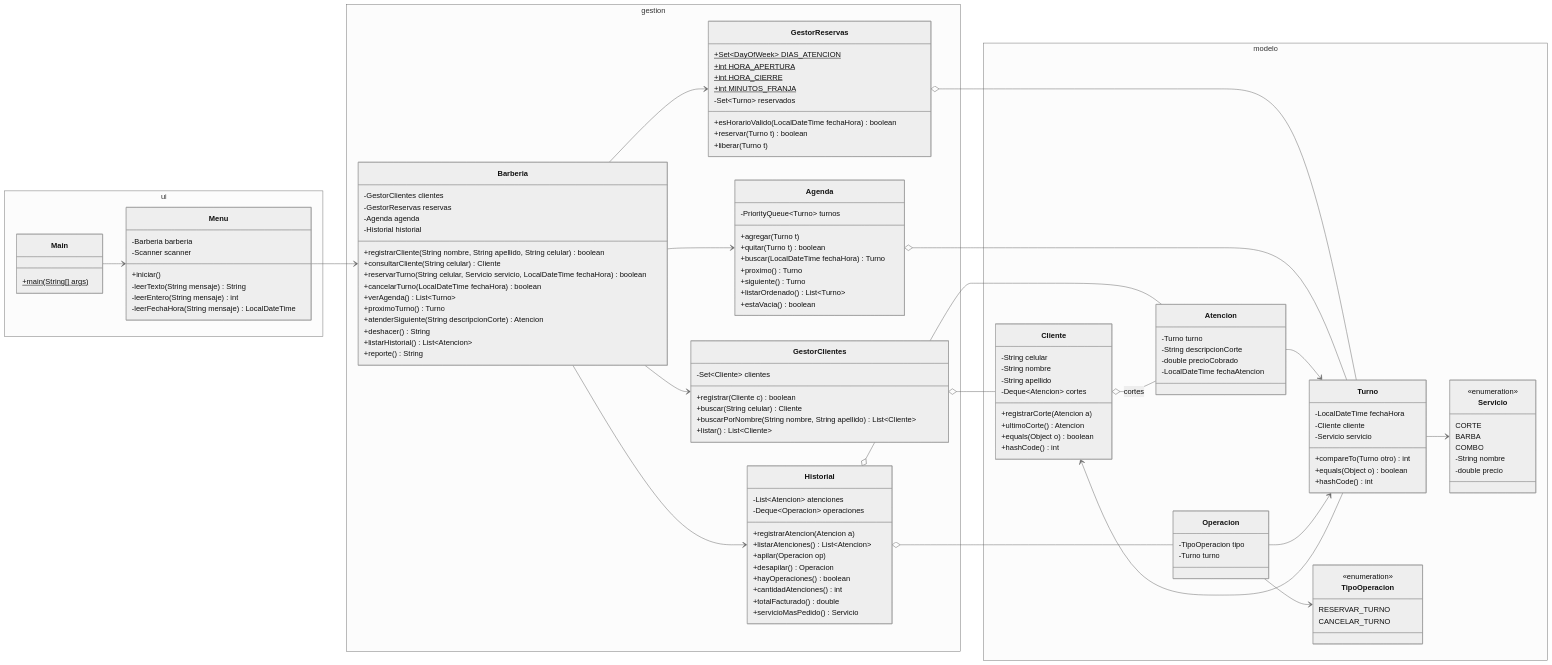
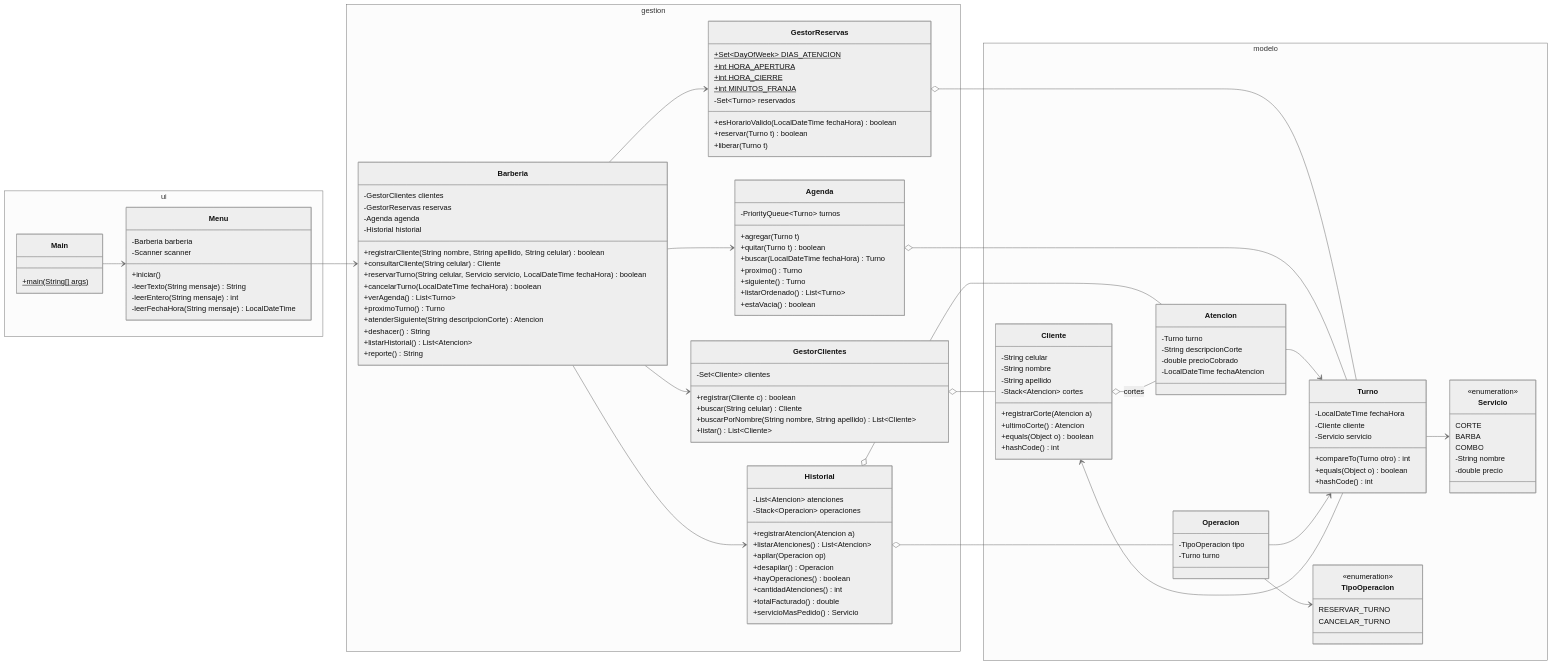
The diagram in docs/diseño-de-clases.md (FabriGaitan97/grupo5-emprendimiento-digital), drawn with Mermaid (neutral theme) before and after one commit. The commit also changed other lines of this file, not shown here.

Commit message:
Update diseño-de-clases.md
Se cambia Deque por Stack

```diff
--- a/docs/diseño-de-clases.md
+++ b/docs/diseño-de-clases.md
@@ -380,7 +380,7 @@
         }
         class Historial {
             -List~Atencion~ atenciones
-            -Deque~Operacion~ operaciones
+            -Stack~Operacion~ operaciones
             +registrarAtencion(Atencion a)
             +listarAtenciones() List~Atencion~
             +apilar(Operacion op)
@@ -397,7 +397,7 @@
             -String celular
             -String nombre
             -String apellido
-            -Deque~Atencion~ cortes
+            -Stack~Atencion~ cortes
             +registrarCorte(Atencion a)
             +ultimoCorte() Atencion
             +equals(Object o) boolean
```
